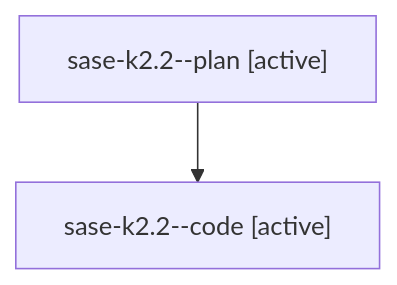
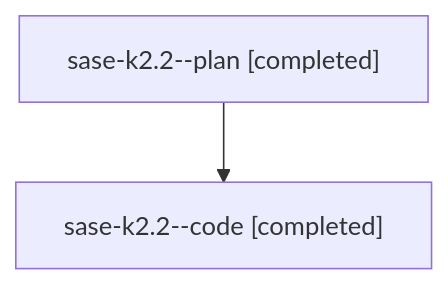
The diagram in families/bbugyi200.athena.sase-k2.2.md (sase-org/sase--agents), drawn with Mermaid before and after one commit. The commit also changed other lines of this file and 428 other files, not shown here.

````diff
--- a/families/bbugyi200.athena.sase-k2.2.md
+++ b/families/bbugyi200.athena.sase-k2.2.md
@@ -9,6 +9,6 @@
 ```mermaid
 flowchart TD
-  n0["sase-k2.2--plan [active]"]
-  n1["sase-k2.2--code [active]"]
+  n0["sase-k2.2--plan [completed]"]
+  n1["sase-k2.2--code [completed]"]
   n0 --> n1
 ```
````
